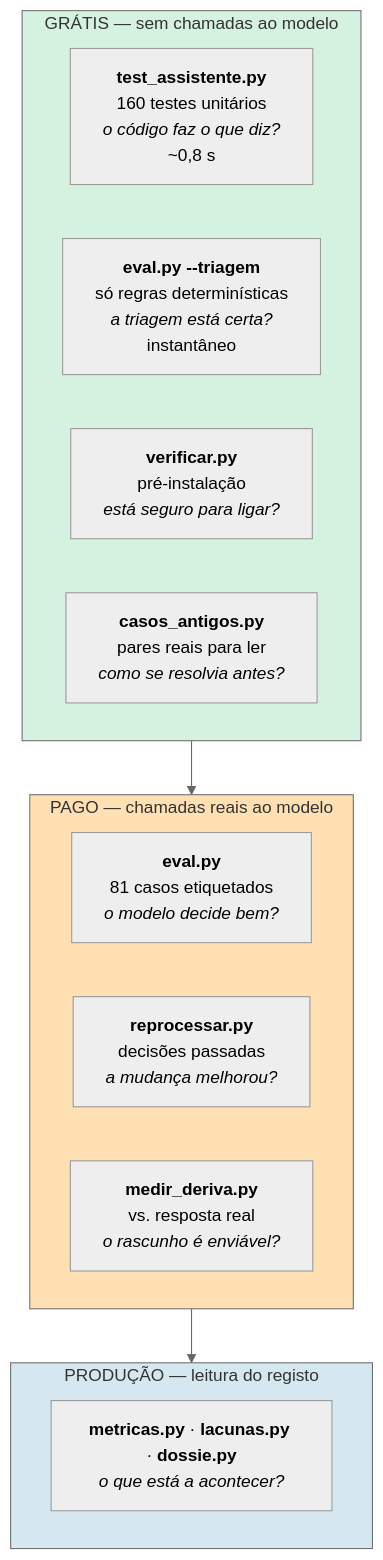
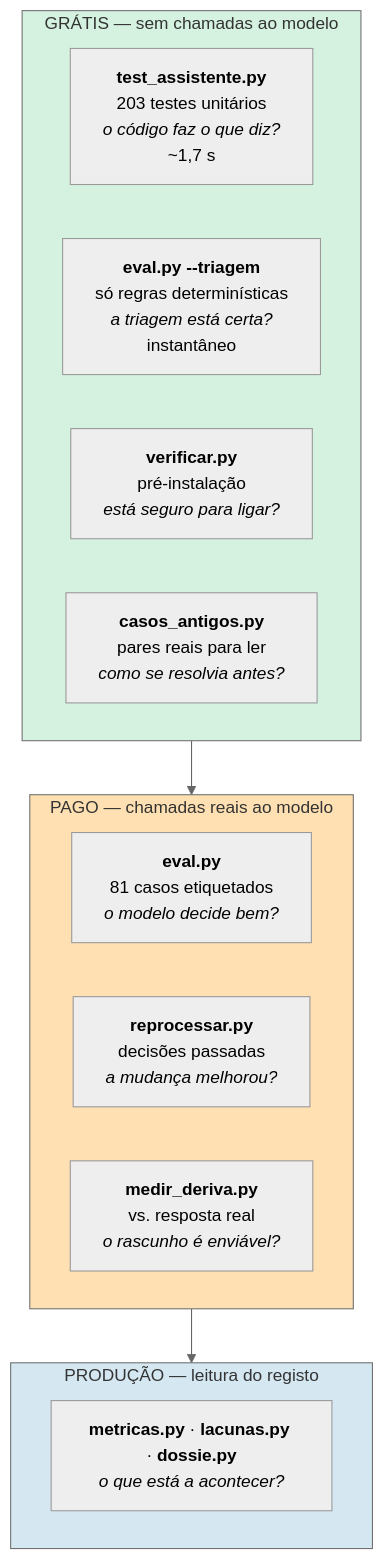
Before and after one commit to joaocarvalhini/Outlook-Reply-Assistant: the first of 3 diagrams in docs/05-reliability/qa.md, drawn with Mermaid (neutral theme). The commit also changed other lines of this file and 4 other files, not shown here.

````diff
--- a/docs/05-reliability/qa.md
+++ b/docs/05-reliability/qa.md
@@ -19,22 +19,22 @@
 ```mermaid
 flowchart TB
     subgraph G["GRÁTIS — sem chamadas ao modelo"]
-        T1["<b>test_assistente.py</b><br/>160 testes unitários<br/><i>o código faz o que diz?</i><br/>~0,8 s"]
+        T1["<b>test_assistente.py</b><br/>203 testes unitários<br/><i>o código faz o que diz?</i><br/>~1,7 s"]
         T2["<b>eval.py --triagem</b><br/>só regras determinísticas<br/><i>a triagem está certa?</i><br/>instantâneo"]
         T3["<b>verificar.py</b><br/>pré-instalação<br/><i>está seguro para ligar?</i>"]
         T4["<b>casos_antigos.py</b><br/>pares reais para ler<br/><i>como se resolvia antes?</i>"]
     end
     subgraph P["PAGO — chamadas reais ao modelo"]
         T5["<b>eval.py</b><br/>81 casos etiquetados<br/><i>o modelo decide bem?</i>"]
         T6["<b>reprocessar.py</b><br/>decisões passadas<br/><i>a mudança melhorou?</i>"]
         T7["<b>medir_deriva.py</b><br/>vs. resposta real<br/><i>o rascunho é enviável?</i>"]
     end
     subgraph PR["PRODUÇÃO — leitura do registo"]
         T8["<b>metricas.py</b> · <b>lacunas.py</b> · <b>dossie.py</b><br/><i>o que está a acontecer?</i>"]
     end
 
     G --> P --> PR
     style G fill:#d5f2e0
     style P fill:#ffe0b2
     style PR fill:#d5e8f2
 ```
````
